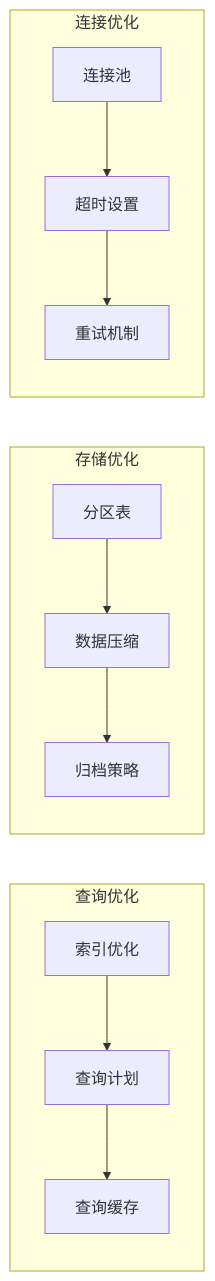
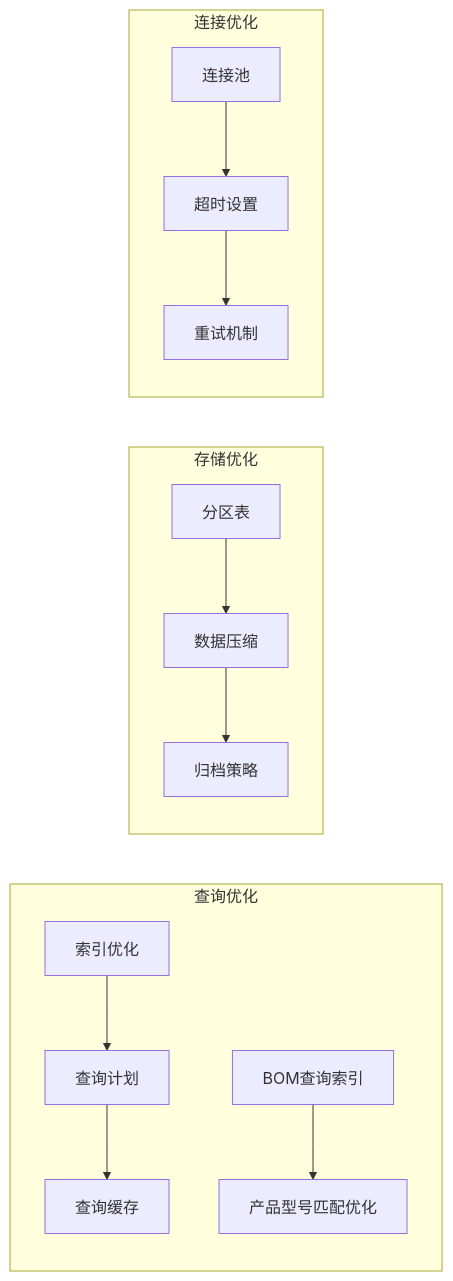
One commit to CubeEdge/Longhorn changed diagram 13 of 13 in .qoder/repowiki/zh/content/数据库设计/配件管理系统.md. Above: the diagram before and after it, drawn with Mermaid. The commit also changed other lines of this file and 28 other files, not shown here.

````diff
--- a/.qoder/repowiki/zh/content/数据库设计/配件管理系统.md
+++ b/.qoder/repowiki/zh/content/数据库设计/配件管理系统.md
@@ -628,24 +748,27 @@
 ```mermaid
 graph LR
 subgraph "查询优化"
 Index[索引优化]
 Query[查询计划]
 Cache[查询缓存]
+BOMIndex[BOM查询索引]
+ModelMatch[产品型号匹配优化]
 end
 subgraph "存储优化"
 Partition[分区表]
 Compression[数据压缩]
 Archival[归档策略]
 end
 subgraph "连接优化"
 Pool[连接池]
 Timeout[超时设置]
 Retry[重试机制]
 end
 Index --> Query
 Query --> Cache
+BOMIndex --> ModelMatch
 Partition --> Compression
 Compression --> Archival
 Pool --> Timeout
 Timeout --> Retry
 ```
````
